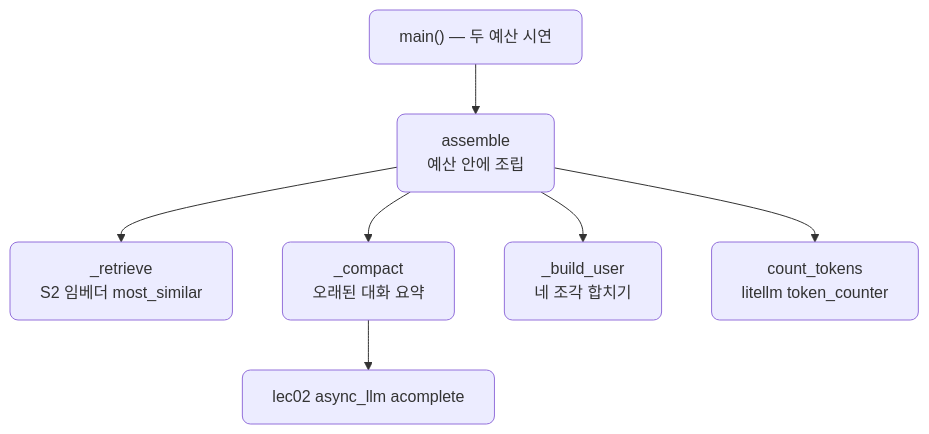
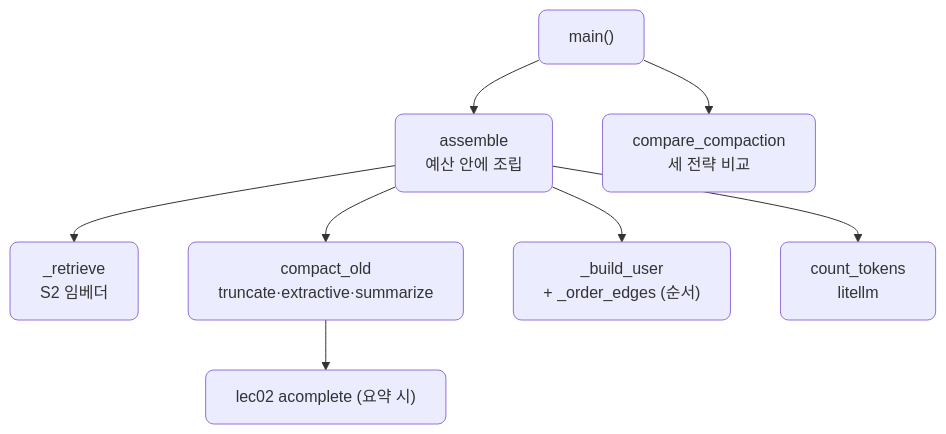
One commit to CodeCompose7/ai_service_engineering changed the fifth of 5 diagrams in docs/section4/lec01/README.md. Above: the diagram before and after it, drawn with Mermaid. The commit also changed other lines of this file and 2 other files, not shown here.

First line of the commit message:
lec01 보강: 순서·위치, 압축의 갈래, 포맷·구조 추가

````diff
--- a/docs/section4/lec01/README.md
+++ b/docs/section4/lec01/README.md
@@ -71,11 +111,12 @@
 ```mermaid
 flowchart TB
-  MAIN["main() — 두 예산 시연"]
+  MAIN["main()"]
   MAIN --> ASM["assemble<br/>예산 안에 조립"]
-  ASM --> RET["_retrieve<br/>S2 임베더 most_similar"]
-  ASM --> CMP["_compact<br/>오래된 대화 요약"]
-  ASM --> BLD["_build_user<br/>네 조각 합치기"]
-  ASM --> TOK["count_tokens<br/>litellm token_counter"]
-  CMP --> ALM["lec02 async_llm acomplete"]
+  MAIN --> CC["compare_compaction<br/>세 전략 비교"]
+  ASM --> RET["_retrieve<br/>S2 임베더"]
+  ASM --> CO["compact_old<br/>truncate·extractive·summarize"]
+  ASM --> BU["_build_user<br/>+ _order_edges (순서)"]
+  ASM --> TOK["count_tokens<br/>litellm"]
+  CO --> ALM["lec02 acomplete (요약 시)"]
   classDef default rx:8,ry:8;
 ```
````
